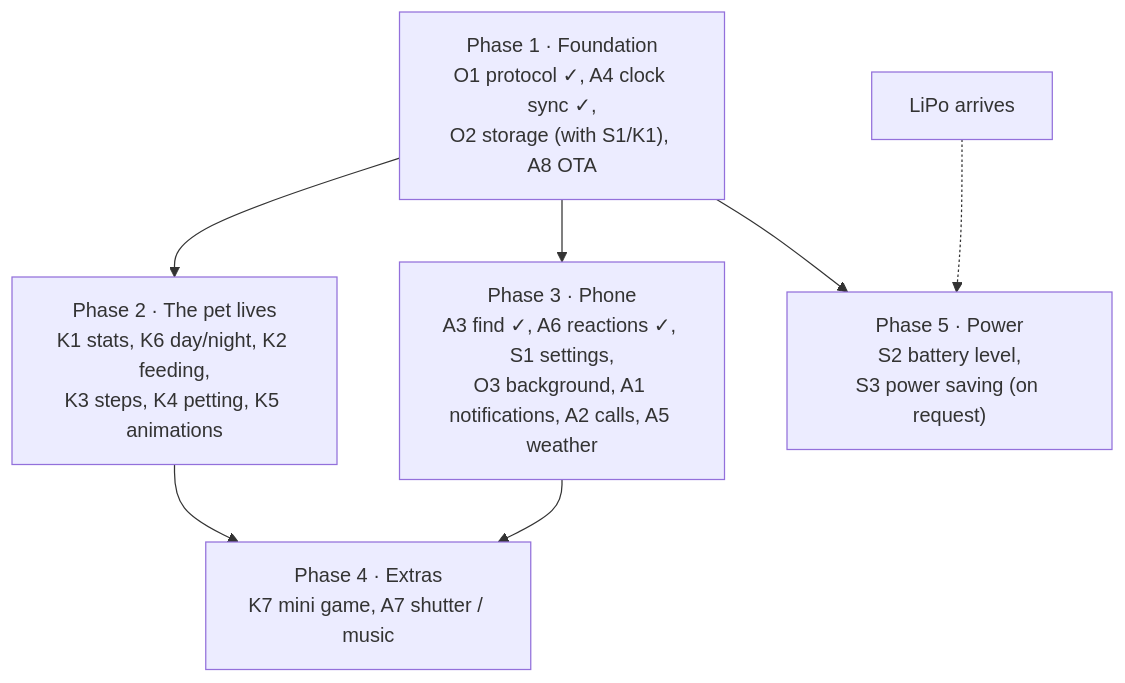
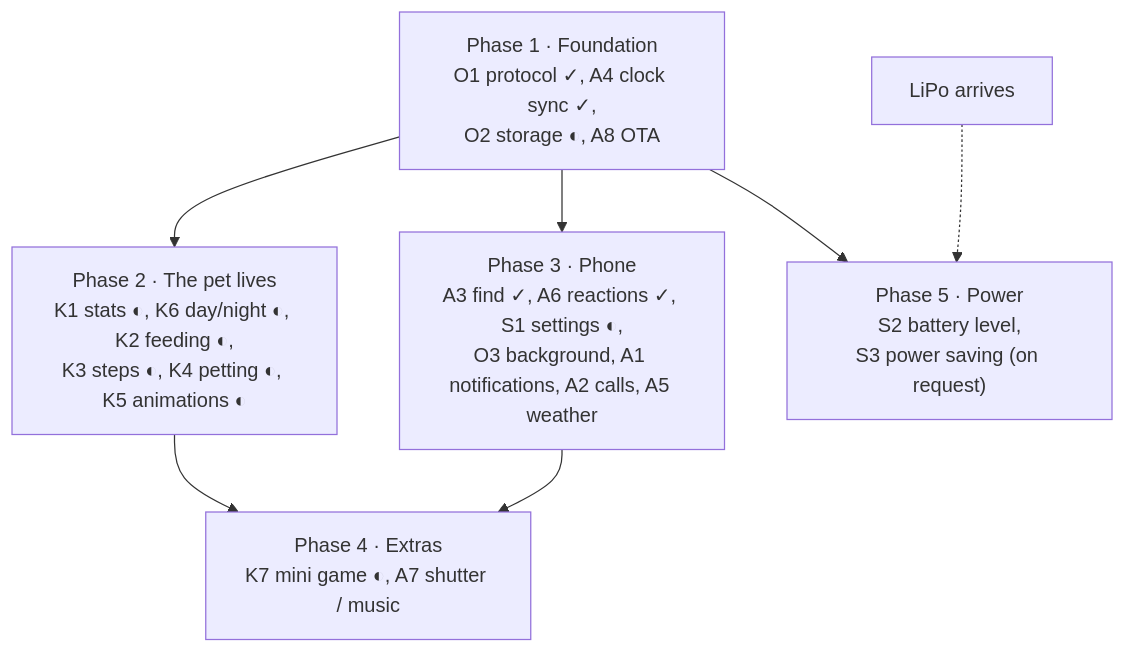
Before and after one commit to elymsyr/mysterychain: the diagram in docs/roadmap.md, drawn with Mermaid. The commit also changed other lines of this file and 2 other files, not shown here.

First line of the commit message:
docs: pet design spec, plan and roadmap status

````diff
--- a/docs/roadmap.md
+++ b/docs/roadmap.md
@@ -66,10 +67,10 @@
 ```mermaid
 flowchart TD
-    F1["Phase 1 · Foundation<br/>O1 protocol ✓, A4 clock sync ✓,<br/>O2 storage (with S1/K1), A8 OTA"]
-    F1 --> F2["Phase 2 · The pet lives<br/>K1 stats, K6 day/night, K2 feeding,<br/>K3 steps, K4 petting, K5 animations"]
-    F1 --> F3["Phase 3 · Phone<br/>A3 find ✓, A6 reactions ✓, S1 settings,<br/>O3 background, A1 notifications, A2 calls, A5 weather"]
-    F2 --> F4["Phase 4 · Extras<br/>K7 mini game, A7 shutter / music"]
+    F1["Phase 1 · Foundation<br/>O1 protocol ✓, A4 clock sync ✓,<br/>O2 storage ◐, A8 OTA"]
+    F1 --> F2["Phase 2 · The pet lives<br/>K1 stats ◐, K6 day/night ◐, K2 feeding ◐,<br/>K3 steps ◐, K4 petting ◐, K5 animations ◐"]
+    F1 --> F3["Phase 3 · Phone<br/>A3 find ✓, A6 reactions ✓, S1 settings ◐,<br/>O3 background, A1 notifications, A2 calls, A5 weather"]
+    F2 --> F4["Phase 4 · Extras<br/>K7 mini game ◐, A7 shutter / music"]
     F3 --> F4
     L["LiPo arrives"] -.-> F5["Phase 5 · Power<br/>S2 battery level,<br/>S3 power saving (on request)"]
     F1 --> F5
 ```
````
